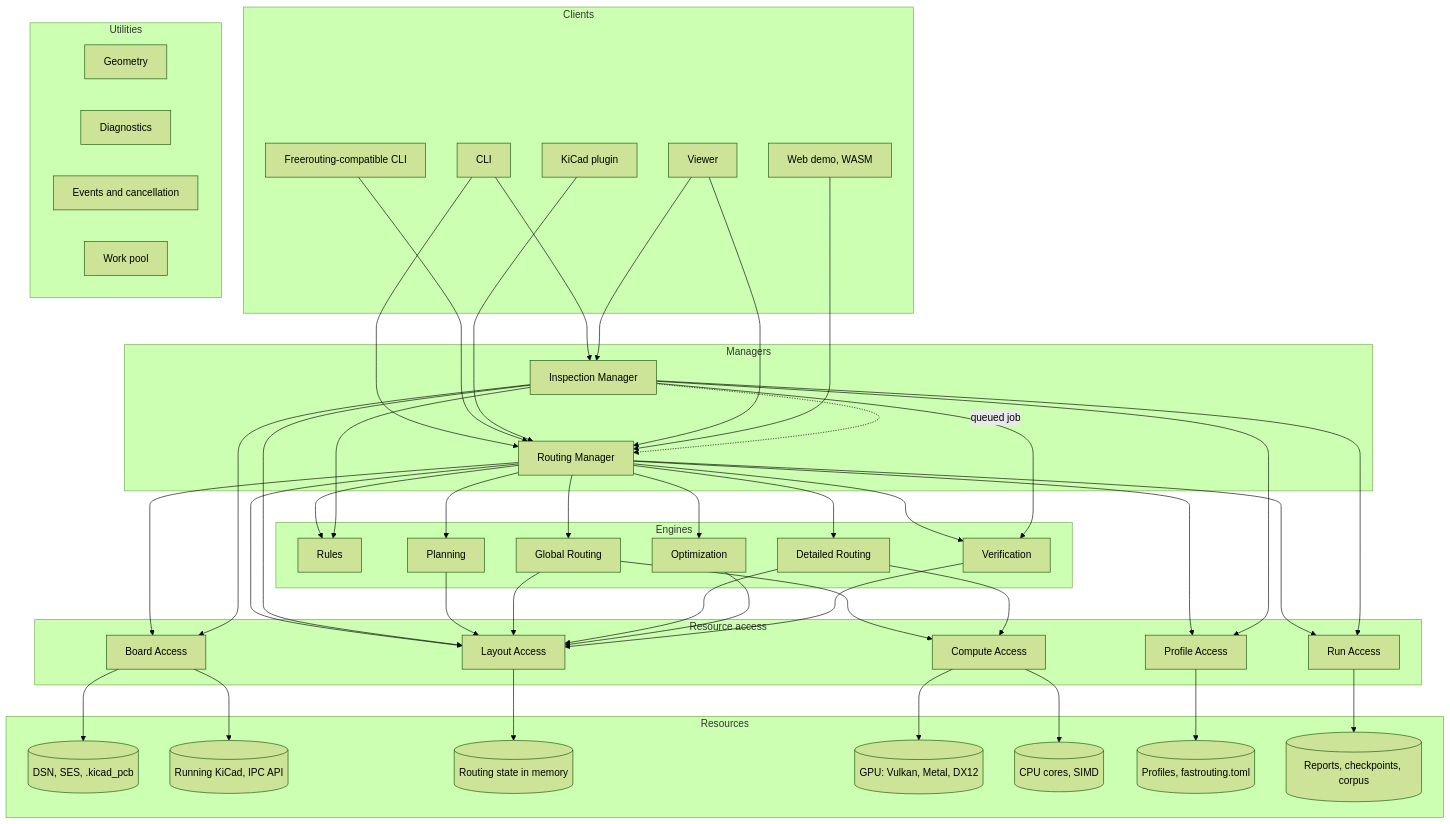
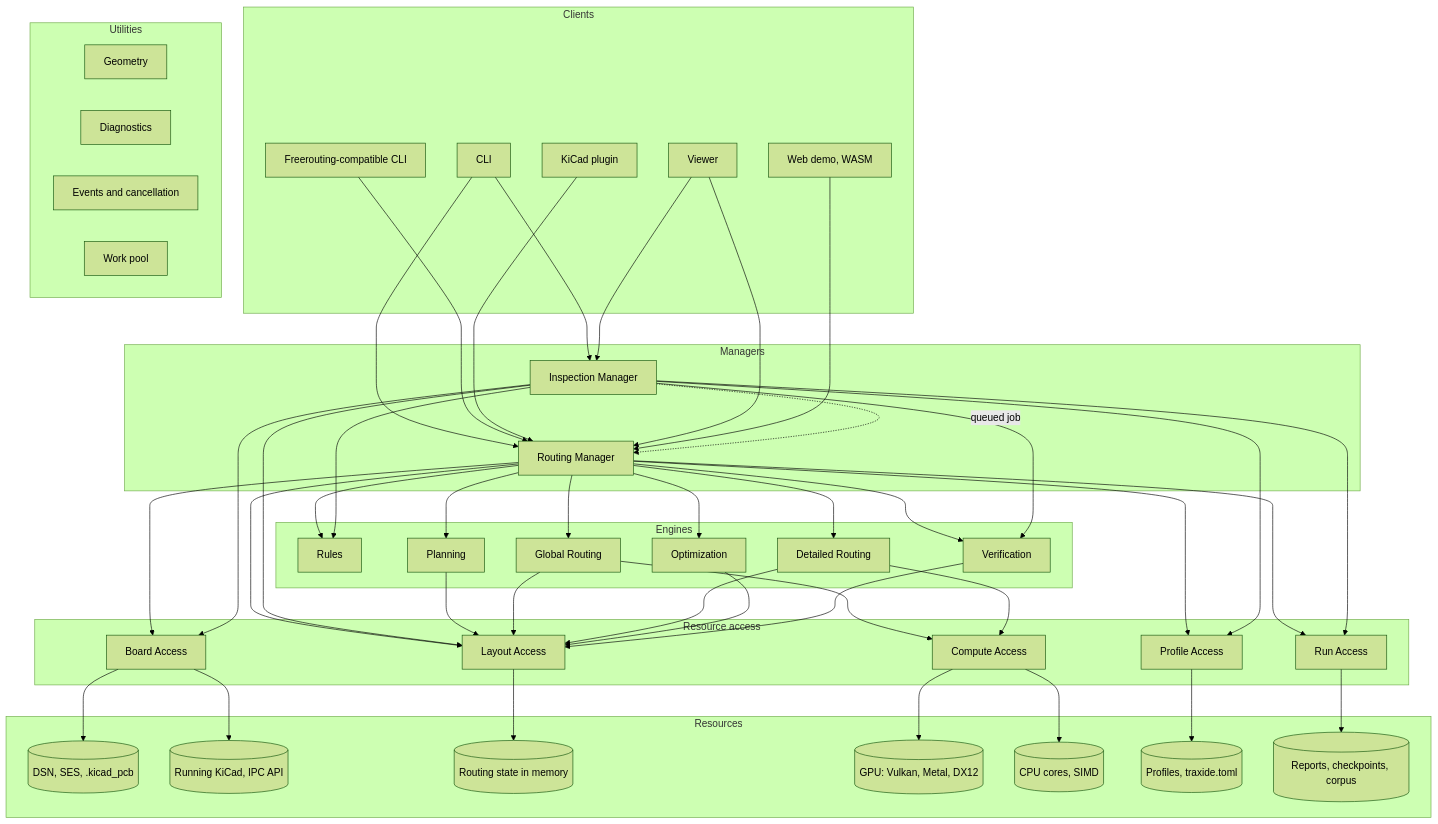
Before and after one commit to h3ll5ur7er/fastrouting: the diagram in docs/Architecture.md, drawn with Mermaid (forest theme). The commit also changed other lines of this file and 109 other files, not shown here.

````diff
--- a/docs/Architecture.md
+++ b/docs/Architecture.md
@@ -9,59 +9,59 @@
 ```mermaid
 flowchart TB
   subgraph Clients
     cli[CLI]
     compat[Freerouting-compatible CLI]
     kicad[KiCad plugin]
     viewer[Viewer]
     wasm[Web demo, WASM]
   end
   subgraph Managers
     rm[Routing Manager]
     im[Inspection Manager]
   end
   subgraph Engines
     rules[Rules]
     plan[Planning]
     global[Global Routing]
     detail[Detailed Routing]
     opt[Optimization]
     verify[Verification]
   end
   subgraph Access[Resource access]
     board[Board Access]
     layout[Layout Access]
     compute[Compute Access]
     profile[Profile Access]
     run[Run Access]
   end
   subgraph Resources
     files[(DSN, SES, .kicad_pcb)]
     ipc[(Running KiCad, IPC API)]
     mem[(Routing state in memory)]
     gpu[(GPU: Vulkan, Metal, DX12)]
     cpu[(CPU cores, SIMD)]
-    cfg[(Profiles, fastrouting.toml)]
+    cfg[(Profiles, traxide.toml)]
     runs[(Reports, checkpoints, corpus)]
   end
   subgraph Utilities
     geo[Geometry]
     diag[Diagnostics]
     events[Events and cancellation]
     pool[Work pool]
   end
 
   cli & compat & kicad & viewer & wasm --> rm
   cli & viewer --> im
   rm --> rules & plan & global & detail & opt & verify
   rm --> board & layout & profile & run
   im --> rules & verify
   im --> board & layout & profile & run
   im -. queued job .-> rm
   plan & global & detail & opt & verify --> layout
   global & detail --> compute
   board --> files & ipc
   layout --> mem
   compute --> gpu & cpu
   profile --> cfg
   run --> runs
 ```
````
